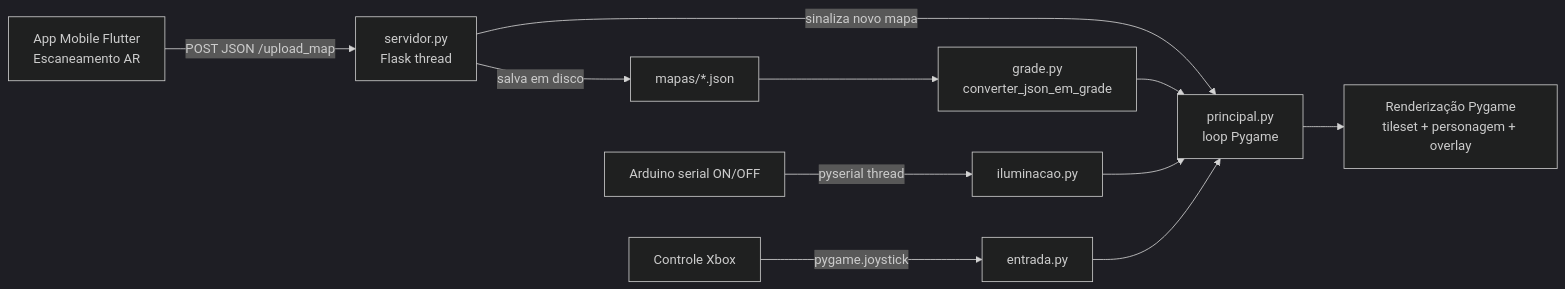
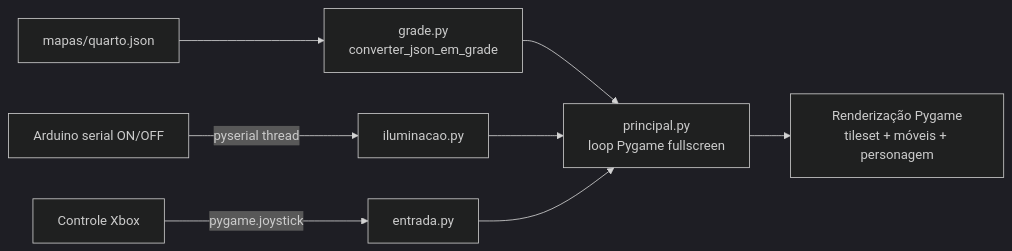
Before and after one commit to pPeu6/maptale: the diagram in README.md, drawn with Mermaid (dark theme). The commit also changed other lines of this file and 40 other files, not shown here.

````diff
--- a/README.md
+++ b/README.md
@@ -19,13 +15,10 @@
 ```mermaid
 flowchart LR
-    ARApp[App Mobile Flutter\nEscaneamento AR] -->|"POST JSON /upload_map"| Flask[servidor.py\nFlask thread]
-    Flask -->|salva em disco| Mapas[mapas/*.json]
-    Flask -->|sinaliza novo mapa| Loop[principal.py\nloop Pygame]
-    Mapas --> Grade[grade.py\nconverter_json_em_grade]
-    Grade --> Loop
+    Mapa[mapas/quarto.json] --> Grade[grade.py\nconverter_json_em_grade]
+    Grade --> Loop[principal.py\nloop Pygame fullscreen]
     Arduino[Arduino serial ON/OFF] -->|pyserial thread| Iluminacao[iluminacao.py]
     Iluminacao --> Loop
     Xbox[Controle Xbox] -->|pygame.joystick| Entrada[entrada.py]
     Entrada --> Loop
-    Loop --> Tela[Renderização Pygame\ntileset + personagem + overlay]
+    Loop --> Tela[Renderização Pygame\ntileset + móveis + personagem]
 ```
````
